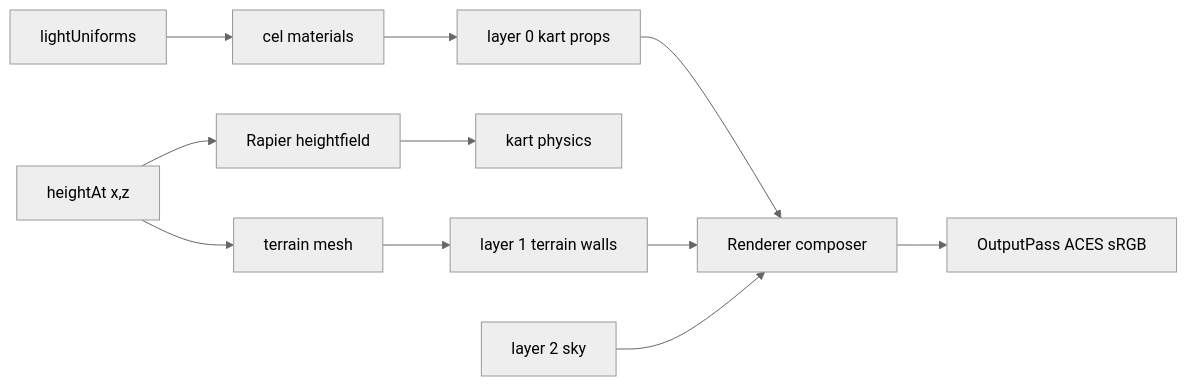
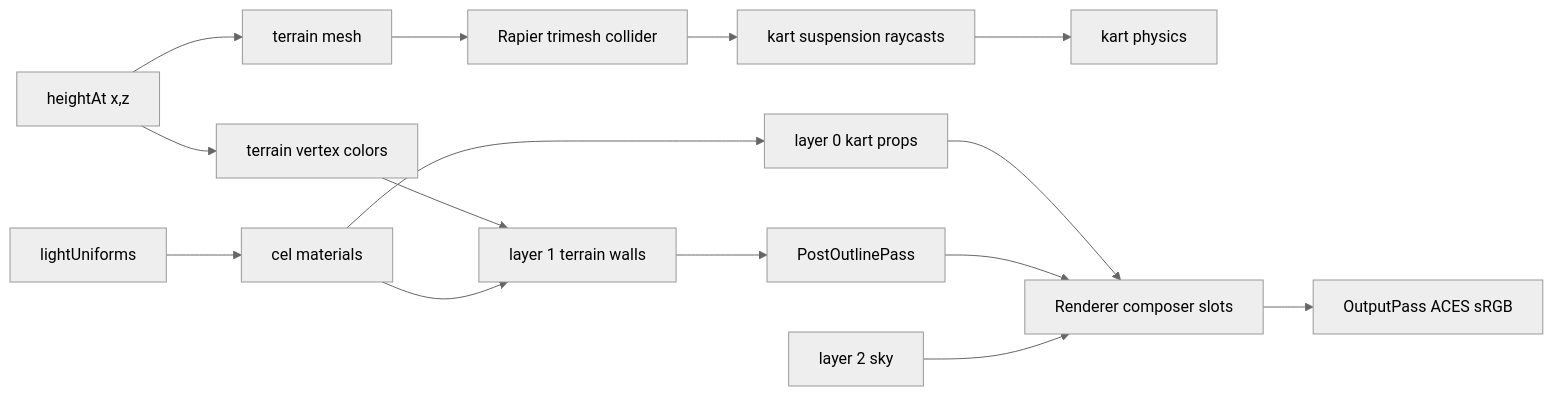
One commit to jjgroenendijk/cart-game changed the diagram in src/AGENTS.md. Above: the diagram before and after it, drawn with Mermaid (neutral theme). The commit also changed other lines of this file, not shown here.

````diff
--- a/src/AGENTS.md
+++ b/src/AGENTS.md
@@ -20,13 +20,17 @@
 ```mermaid
 flowchart LR
   height[heightAt x,z] --> mesh[terrain mesh]
-  height --> collider[Rapier heightfield]
-  mesh --> layer1[layer 1 terrain walls]
-  collider --> kart[kart physics]
+  height --> color[terrain vertex colors]
+  mesh --> collider[Rapier trimesh collider]
+  collider --> suspension[kart suspension raycasts]
+  suspension --> kart[kart physics]
+  color --> layer1[layer 1 terrain walls]
   light[lightUniforms] --> cel[cel materials]
   cel --> layer0[layer 0 kart props]
-  layer0 --> renderer[Renderer composer]
-  layer1 --> renderer
+  cel --> layer1
+  layer0 --> renderer[Renderer composer slots]
+  layer1 --> outline[PostOutlinePass]
+  outline --> renderer
   sky[layer 2 sky] --> renderer
   renderer --> output[OutputPass ACES sRGB]
 ```
````
